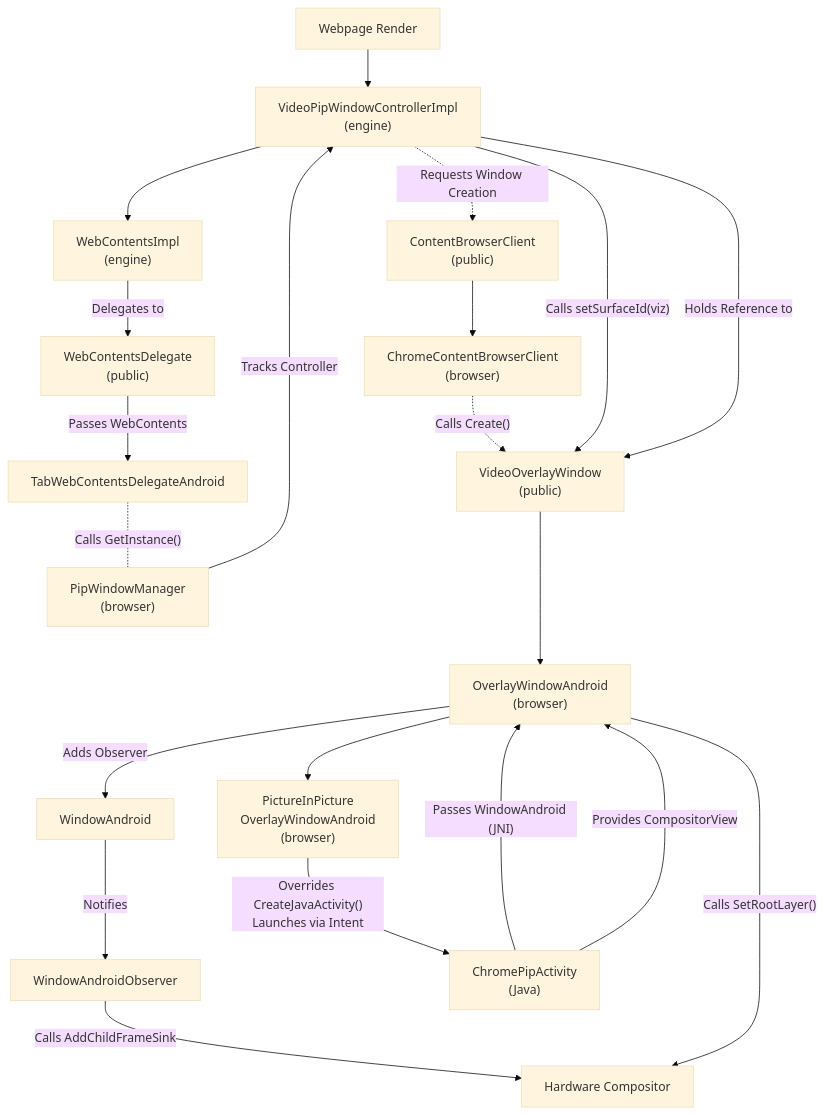
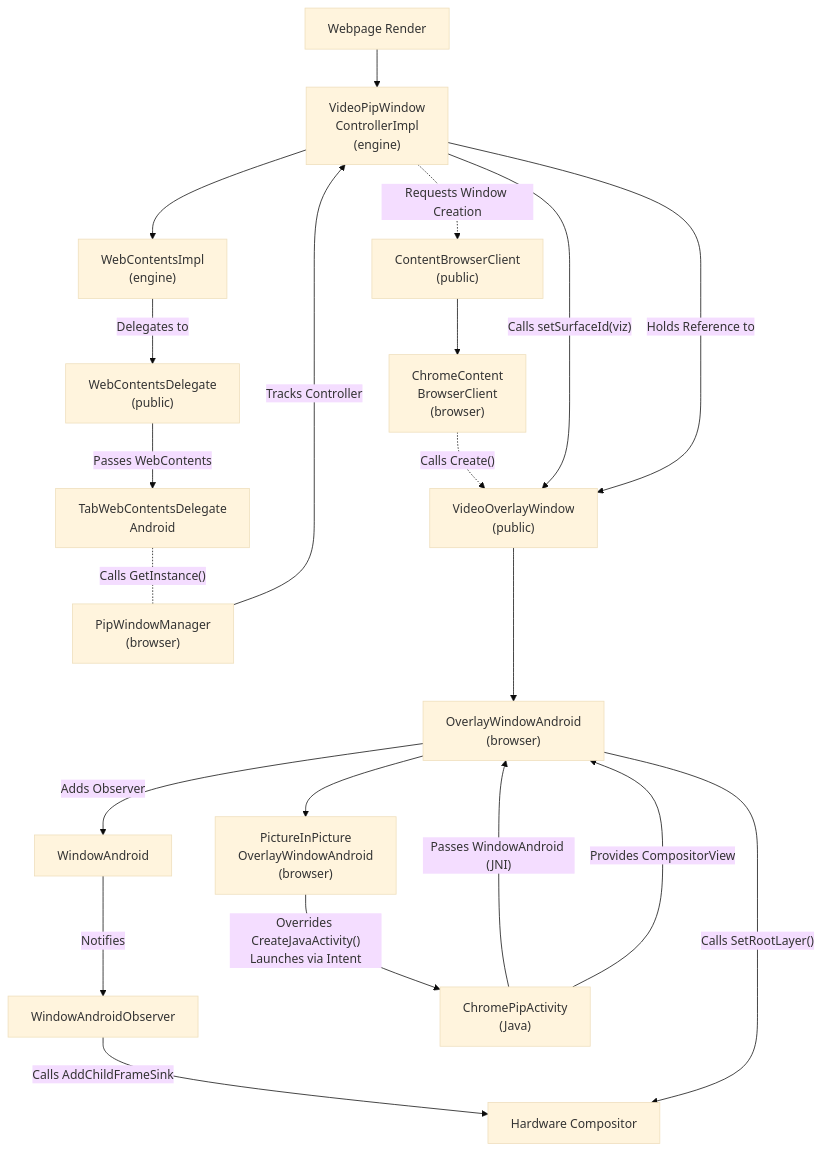
One commit to youtube/cobalt changed the first of 2 diagrams in cobalt/shell/browser/picture_in_picture/README.md. Above: the diagram before and after it, drawn with Mermaid (base theme). The commit also changed other lines of this file and 6 other files, not shown here.

````diff
--- a/cobalt/shell/browser/picture_in_picture/README.md
+++ b/cobalt/shell/browser/picture_in_picture/README.md
@@ -16,40 +12,54 @@
 ```mermaid
-graph TD
+flowchart TD
     %% ==================== TOP ENTRY ====================
-    Webpage[Webpage Render] --> VideoPipControllerImpl["VideoPipWindowControllerImpl<br>(engine)"]
+    Webpage["`Webpage Render`"] --> VideoPipControllerImpl["`VideoPipWindow
+ControllerImpl
+(engine)`"]
 
     %% ==================== MIDDLE BRANCHES (Strictly Left to Right) ====================
     %% Left Branch: WebContents & Window Manager
-    VideoPipControllerImpl --> WebContentsImpl["WebContentsImpl<br>(engine)"]
-    WebContentsImpl -- "Delegates to" --> WebContentsDelegate["WebContentsDelegate<br>(public)"]
-    WebContentsDelegate -- "Passes WebContents" --> TabWebContentsDelegateAndroid[TabWebContentsDelegateAndroid]
-    TabWebContentsDelegateAndroid -."Calls GetInstance()" .- PipWindowManager["PipWindowManager<br>(browser)"]
+    VideoPipControllerImpl --> WebContentsImpl["`WebContentsImpl
+(engine)`"]
+    WebContentsImpl -- "Delegates to" --> WebContentsDelegate["`WebContentsDelegate
+(public)`"]
+    WebContentsDelegate -- "Passes WebContents" --> TabWebContentsDelegateAndroid["`TabWebContentsDelegate
+Android`"]
+    TabWebContentsDelegateAndroid -."Calls GetInstance()" .- PipWindowManager["`PipWindowManager
+(browser)`"]
     PipWindowManager -- "Tracks Controller" ---> VideoPipControllerImpl
 
     %% Middle Branch: Browser Clients
-    VideoPipControllerImpl -. "Requests Window Creation" .-> ContentBrowserClient["ContentBrowserClient<br>(public)"]
-    ContentBrowserClient --> ChromeContentBrowserClient["ChromeContentBrowserClient<br>(browser)"]
-    ChromeContentBrowserClient -. "Calls Create()" .-> VideoOverlayWindow["VideoOverlayWindow<br>(public)"]
+    VideoPipControllerImpl -. "Requests Window Creation" .-> ContentBrowserClient["`ContentBrowserClient
+(public)`"]
+    ContentBrowserClient --> ChromeContentBrowserClient["`ChromeContent
+BrowserClient
+(browser)`"]
+    ChromeContentBrowserClient -. "Calls Create()" .-> VideoOverlayWindow["`VideoOverlayWindow
+(public)`"]
 
     %% Right Branch: Windows & IPC
     VideoPipControllerImpl -- "Calls setSurfaceId(viz)" --> VideoOverlayWindow
     VideoPipControllerImpl -- "Holds Reference to" --> VideoOverlayWindow
 
     %% ==================== BOTTOM LAYER (Android / JNI) ====================
-    VideoOverlayWindow ---> OverlayWindowAndroid["OverlayWindowAndroid<br>(browser)"]
-    OverlayWindowAndroid --> PictureInPictureOverlayWindowAndroid["PictureInPicture<br>OverlayWindowAndroid<br>(browser)"]
+    VideoOverlayWindow ---> OverlayWindowAndroid["`OverlayWindowAndroid
+(browser)`"]
+    OverlayWindowAndroid --> PictureInPictureOverlayWindowAndroid["`PictureInPicture
+OverlayWindowAndroid
+(browser)`"]
 
-    %% The Observer Pattern (Unique to Chromium)
-    OverlayWindowAndroid -- "Adds Observer" --> WindowAndroid[WindowAndroid]
-    WindowAndroid -- "Notifies" --> OnAttachCompositor[WindowAndroidObserver]
-    OnAttachCompositor -- "Calls AddChildFrameSink" --> HardwareCompositor[Hardware Compositor]
+    %% The Observer Pattern
+    OverlayWindowAndroid -- "Adds Observer" --> WindowAndroid["`WindowAndroid`"]
+    WindowAndroid -- "Notifies" --> OnAttachCompositor["`WindowAndroidObserver`"]
+    OnAttachCompositor -- "Calls AddChildFrameSink" --> HardwareCompositor["`Hardware Compositor`"]
 
     %% Java Activity Launching
-    PictureInPictureOverlayWindowAndroid -- "Overrides CreateJavaActivity()<br>Launches via Intent" --> ChromePipActivity["ChromePipActivity<br>(Java)"]
+    PictureInPictureOverlayWindowAndroid -- "Overrides CreateJavaActivity()<br>Launches via Intent" --> ChromePipActivity["`ChromePipActivity
+(Java)`"]
 
     %% JNI Callbacks back to Base Class
     ChromePipActivity -- "Passes WindowAndroid (JNI)" ---> OverlayWindowAndroid
     ChromePipActivity -- "Provides CompositorView" ---> OverlayWindowAndroid
 
     OverlayWindowAndroid -- "Calls SetRootLayer()" --> HardwareCompositor
 ```
````
